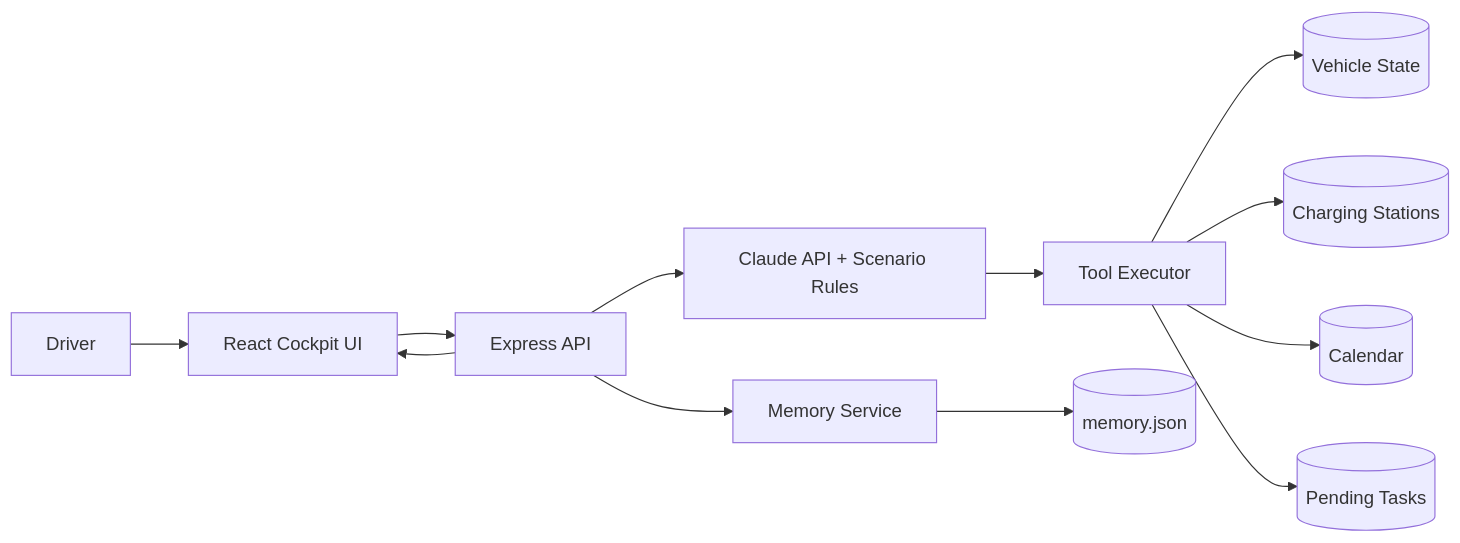
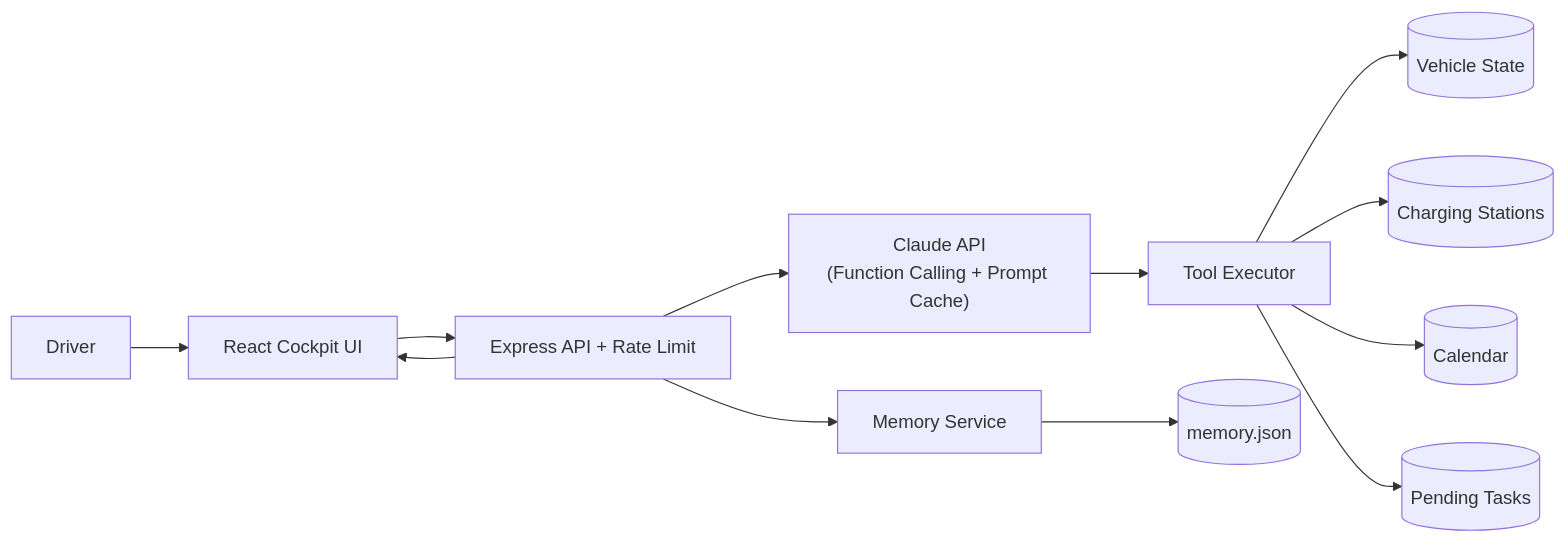
One commit to ChloeXue00/chargeflow-agent changed the diagram in README.md. Above: the diagram before and after it, drawn with Mermaid. The commit also changed other lines of this file and 24 other files, not shown here.

````diff
--- a/README.md
+++ b/README.md
@@ -45,14 +75,14 @@
 ```mermaid
 flowchart LR
   User[Driver] --> UI[React Cockpit UI]
-  UI --> API[Express API]
-  API --> Claude[Claude API + Scenario Rules]
+  UI --> API[Express API + Rate Limit]
+  API --> Claude["Claude API<br/>(Function Calling + Prompt Cache)"]
   Claude --> Tools[Tool Executor]
   Tools --> VEH[(Vehicle State)]
   Tools --> STN[(Charging Stations)]
   Tools --> CAL[(Calendar)]
   Tools --> TASK[(Pending Tasks)]
   API --> MEM[Memory Service]
   MEM --> MEMFILE[(memory.json)]
   API --> UI
 ```
````
